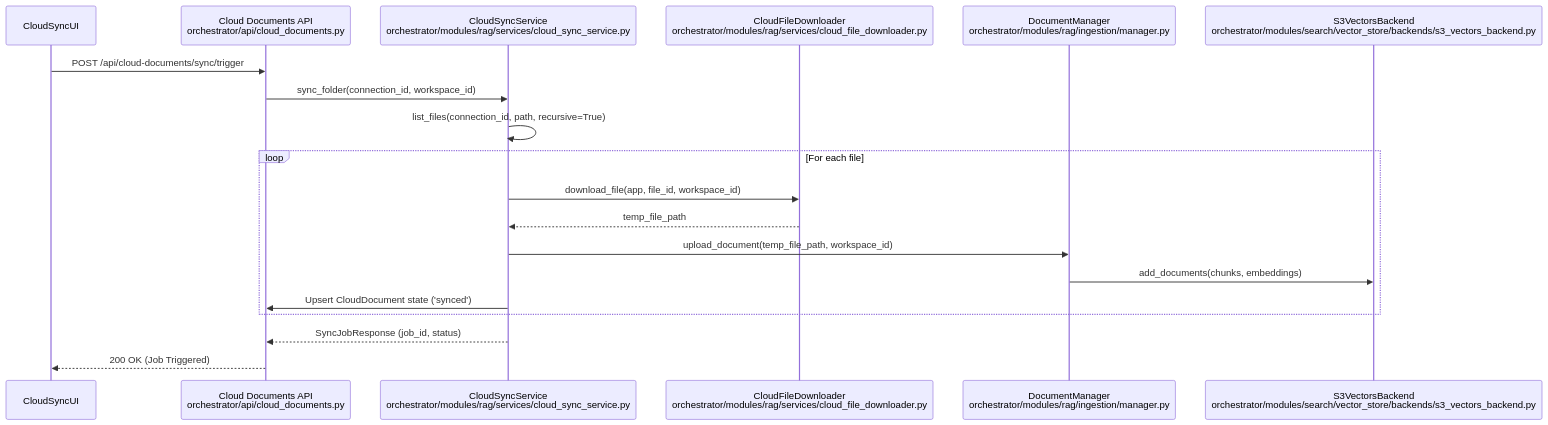
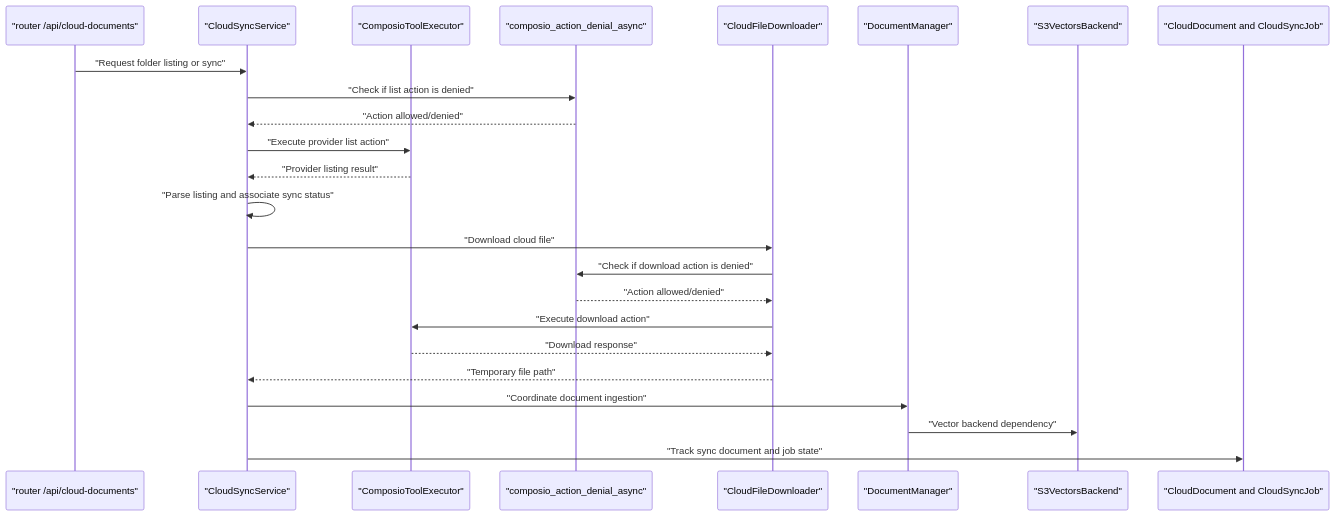
One commit to AutomatosAI/automatos-ai changed the third of 3 diagrams in docs/knowledge-base-rag/cloud-storage-integration.md. Above: the diagram before and after it, drawn with Mermaid. The commit also changed other lines of this file and 188 other files, not shown here.

First line of the commit message:
docs: refresh architecture docs and add coverage for new subsystems (#1416)

````diff
--- a/docs/knowledge-base-rag/cloud-storage-integration.md
+++ b/docs/knowledge-base-rag/cloud-storage-integration.md
@@ -131,22 +195,27 @@
 ```mermaid
 sequenceDiagram
-    participant UI as CloudSyncUI
-    participant API as Cloud Documents API<br/>orchestrator/api/cloud_documents.py
-    participant Service as CloudSyncService<br/>orchestrator/modules/rag/services/cloud_sync_service.py
-    participant Downloader as CloudFileDownloader<br/>orchestrator/modules/rag/services/cloud_file_downloader.py
-    participant Ingestion as DocumentManager<br/>orchestrator/modules/rag/ingestion/manager.py
-    participant Store as S3VectorsBackend<br/>orchestrator/modules/search/vector_store/backends/s3_vectors_backend.py
+    participant API as "router /api/cloud-documents"
+    participant Service as "CloudSyncService"
+    participant Composio as "ComposioToolExecutor"
+    participant DenyList as "composio_action_denial_async"
+    participant Downloader as "CloudFileDownloader"
+    participant Manager as "DocumentManager"
+    participant Vectors as "S3VectorsBackend"
+    participant State as "CloudDocument and CloudSyncJob"
 
-    UI->>API: POST /api/cloud-documents/sync/trigger
-    API->>Service: sync_folder(connection_id, workspace_id)
-    Service->>Service: list_files(connection_id, path, recursive=True)
-    loop For each file
-        Service->>Downloader: download_file(app, file_id, workspace_id)
-        Downloader-->>Service: temp_file_path
-        Service->>Ingestion: upload_document(temp_file_path, workspace_id)
-        Ingestion->>Store: add_documents(chunks, embeddings)
-        Service->>API: Upsert CloudDocument state ('synced')
-    end
-    Service-->>API: SyncJobResponse (job_id, status)
-    API-->>UI: 200 OK (Job Triggered)
+    API->>Service: "Request folder listing or sync"
+    Service->>DenyList: "Check if list action is denied"
+    DenyList-->>Service: "Action allowed/denied"
+    Service->>Composio: "Execute provider list action"
+    Composio-->>Service: "Provider listing result"
+    Service->>Service: "Parse listing and associate sync status"
+    Service->>Downloader: "Download cloud file"
+    Downloader->>DenyList: "Check if download action is denied"
+    DenyList-->>Downloader: "Action allowed/denied"
+    Downloader->>Composio: "Execute download action"
+    Composio-->>Downloader: "Download response"
+    Downloader-->>Service: "Temporary file path"
+    Service->>Manager: "Coordinate document ingestion"
+    Manager->>Vectors: "Vector backend dependency"
+    Service->>State: "Track sync document and job state"
 ```
````
